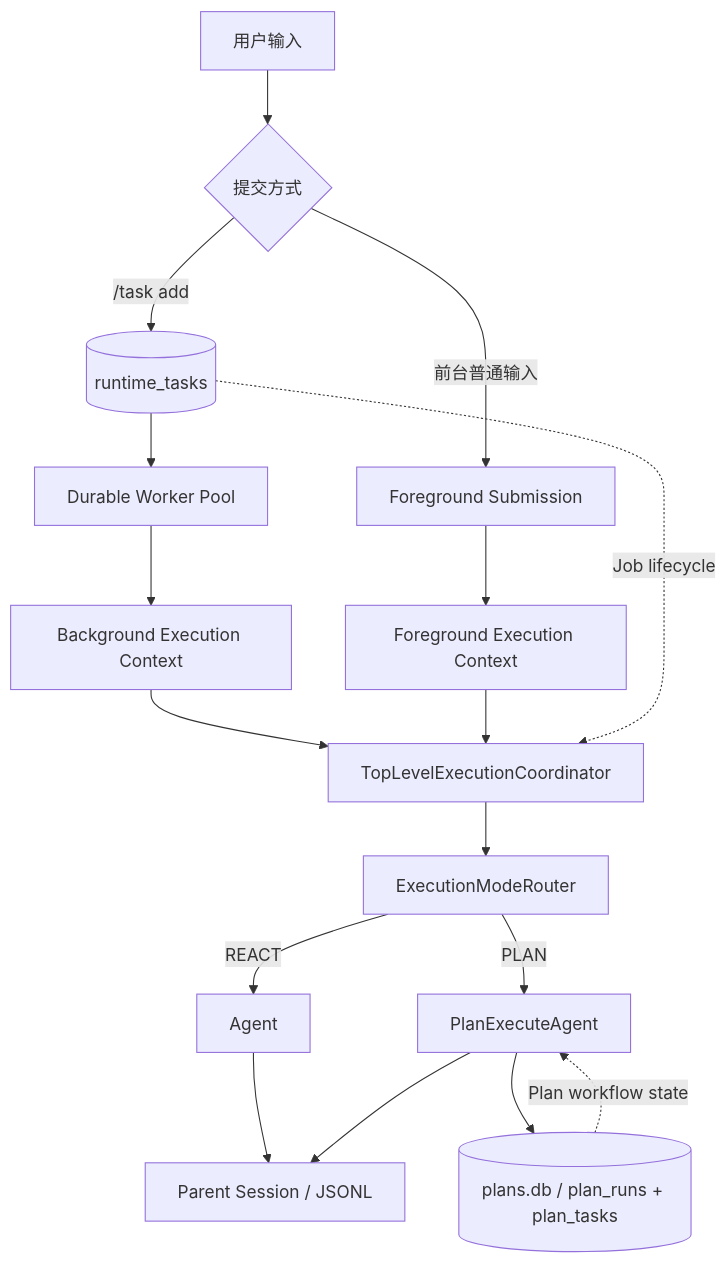
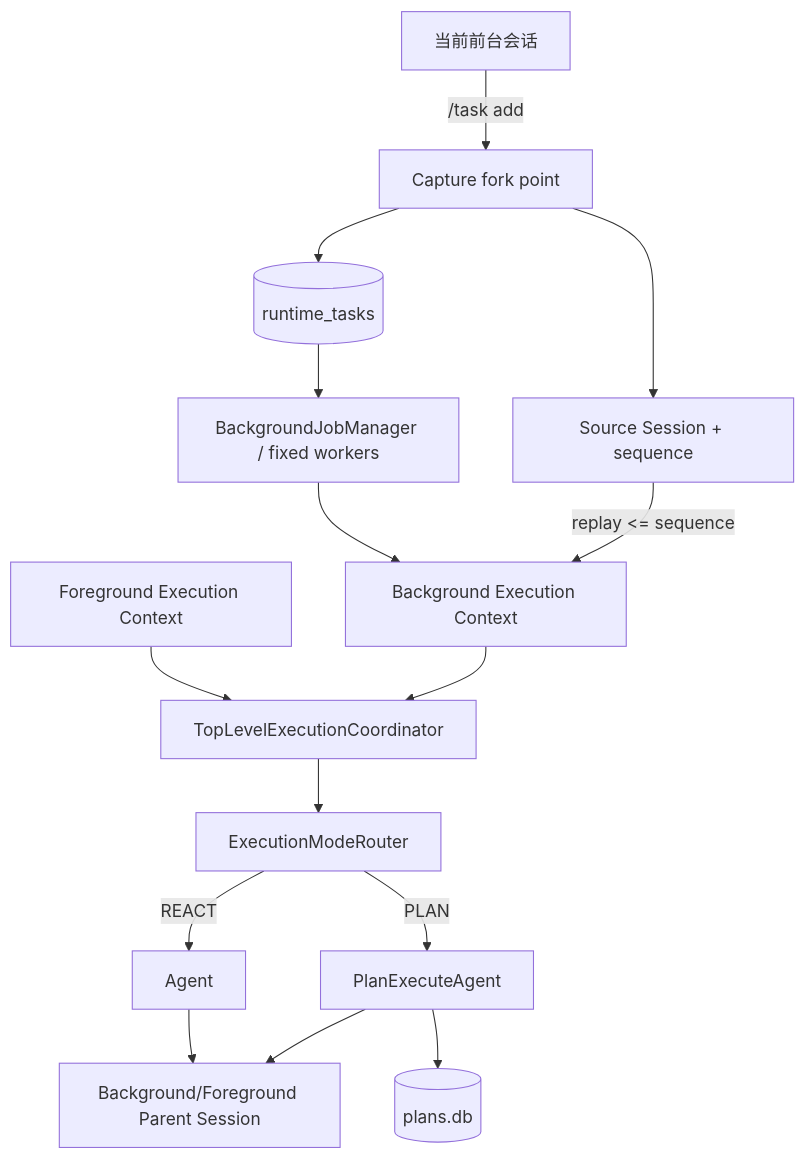
One commit to zgjdev/Code-Agent changed the second of 3 diagrams in docs/dev/31-unified-background-execution-runtime.md. Above: the diagram before and after it, drawn with Mermaid. The commit also changed other lines of this file, not shown here.

Commit message:
docs(runtime): refine background context and recovery design

````diff
--- a/docs/dev/31-unified-background-execution-runtime.md
+++ b/docs/dev/31-unified-background-execution-runtime.md
@@ -307,24 +353,21 @@
-```mermaid
+~~~mermaid
 flowchart TB
-    U[用户输入] --> S{提交方式}
-    S -->|前台普通输入| FG[Foreground Submission]
-    S -->|/task add| Q[(runtime_tasks)]
+    U[当前前台会话] -->|/task add| CAP[Capture fork point]
+    CAP --> Q[(runtime_tasks)]
+    CAP --> SRC[Source Session + sequence]
 
-    Q --> WP[Durable Worker Pool]
+    Q --> WP[BackgroundJobManager / fixed workers]
     WP --> BG[Background Execution Context]
-    FG --> FC[Foreground Execution Context]
+    SRC -->|replay <= sequence| BG
 
-    BG --> C[TopLevelExecutionCoordinator]
-    FC --> C
+    FG[Foreground Execution Context] --> C[TopLevelExecutionCoordinator]
+    BG --> C
 
     C --> MR[ExecutionModeRouter]
     MR -->|REACT| RA[Agent]
     MR -->|PLAN| PA[PlanExecuteAgent]
 
-    PA --> PS[(plans.db / plan_runs + plan_tasks)]
-    RA --> SS[Parent Session / JSONL]
-    PA --> SS
-
-    Q -.Job lifecycle.-> C
-    PS -.Plan workflow state.-> PA
-```
+    PA --> PS[(plans.db)]
+    RA --> BS[Background/Foreground Parent Session]
+    PA --> BS
+~~~
````
